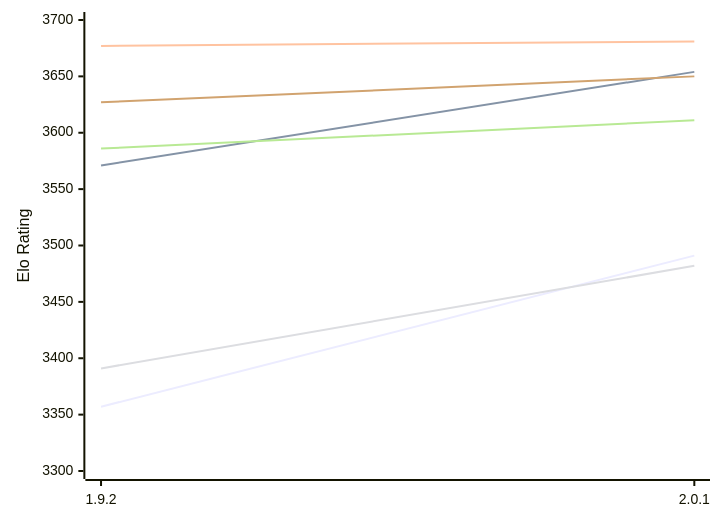
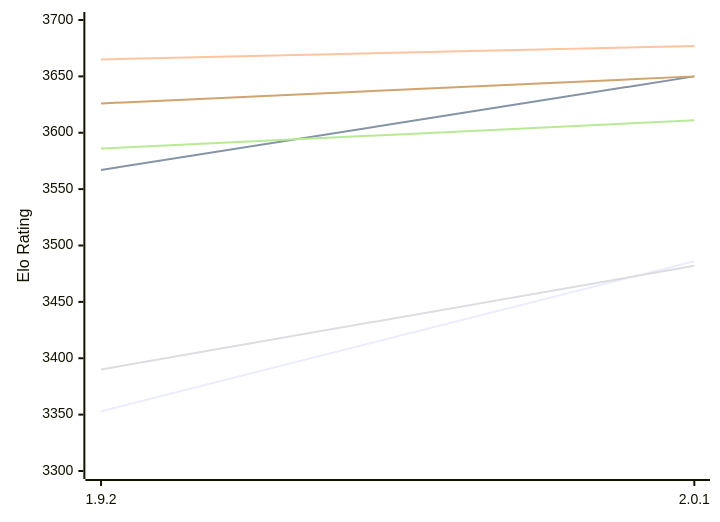
The first of 2 diagrams in engines/Pawnocchio.md (computer-chess-index/cci), drawn with Mermaid before and after one commit. The commit also changed other lines of this file, not shown here.

Commit message:
Update CCI Ratings (ELO VLTC) - 2026-11-26

````diff
--- a/engines/Pawnocchio.md
+++ b/engines/Pawnocchio.md
@@ -52,12 +52,12 @@
 ```mermaid
 %%{init: {"theme":"base","themeVariables":{"seriesColors:['#a3a3a3','#222221','#faa371']}}}%%
 xychart-beta
   x-axis ["1.9.2", "2.0.1"]
   y-axis "Elo Rating" 3300 --> 3700
-  line "E1: STC (8.0+0.08s)" [3357, 3491]
-  line "E1: LTC (60.0+0.60s)" [3571, 3654]
-  line "E1: VLTC (2m24s+1.12s)" [3677, 3681]
-  line "P1: STC (8.0+0.08s)" [3391, 3482]
+  line "E1: STC (8.0+0.08s)" [3353, 3486]
+  line "E1: LTC (60.0+0.60s)" [3567, 3650]
+  line "E1: VLTC (2m24s+1.12s)" [3665, 3677]
+  line "P1: STC (8.0+0.08s)" [3390, 3482]
   line "P1: LTC (60.0+0.60s)" [3586, 3611]
-  line "P1: VLTC (2m24s+1.12s)" [3627, 3650]
+  line "P1: VLTC (2m24s+1.12s)" [3626, 3650]
 ```
````
